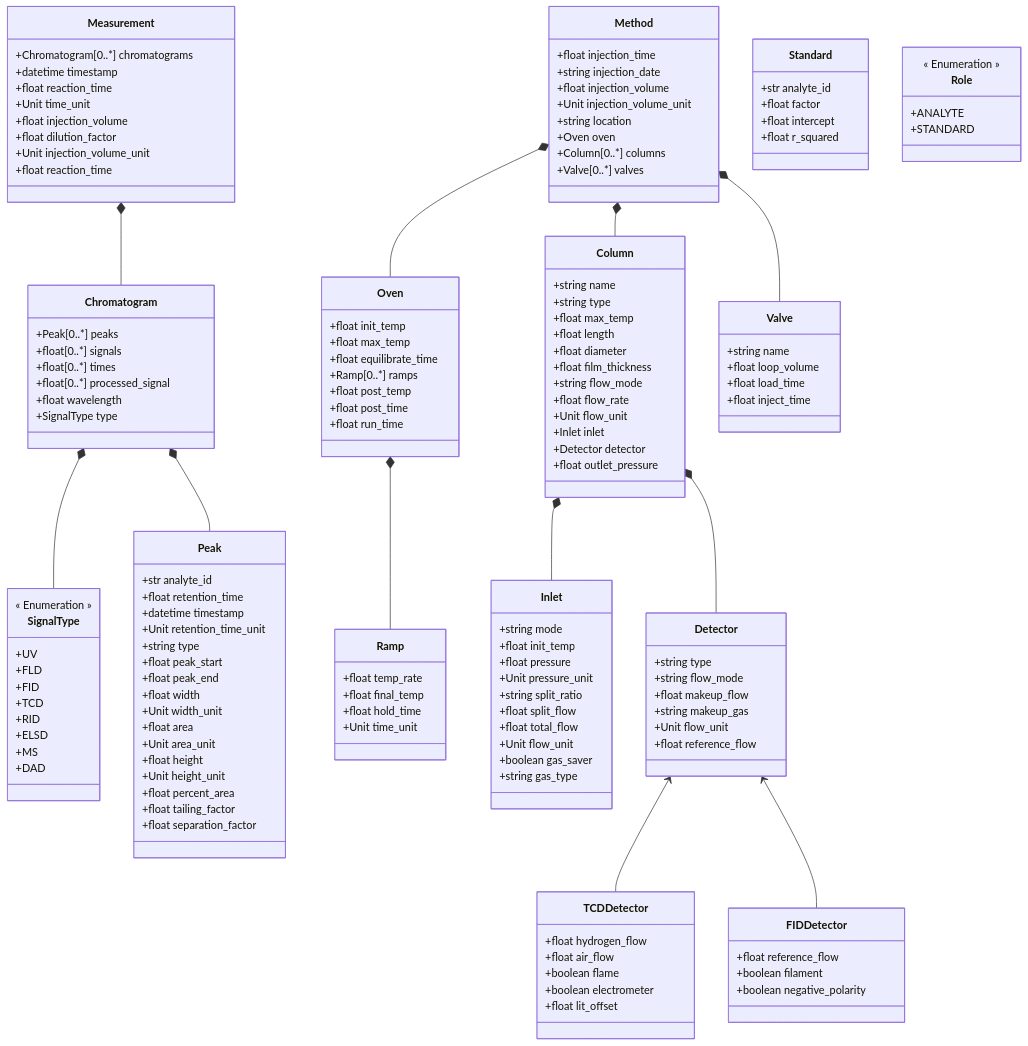
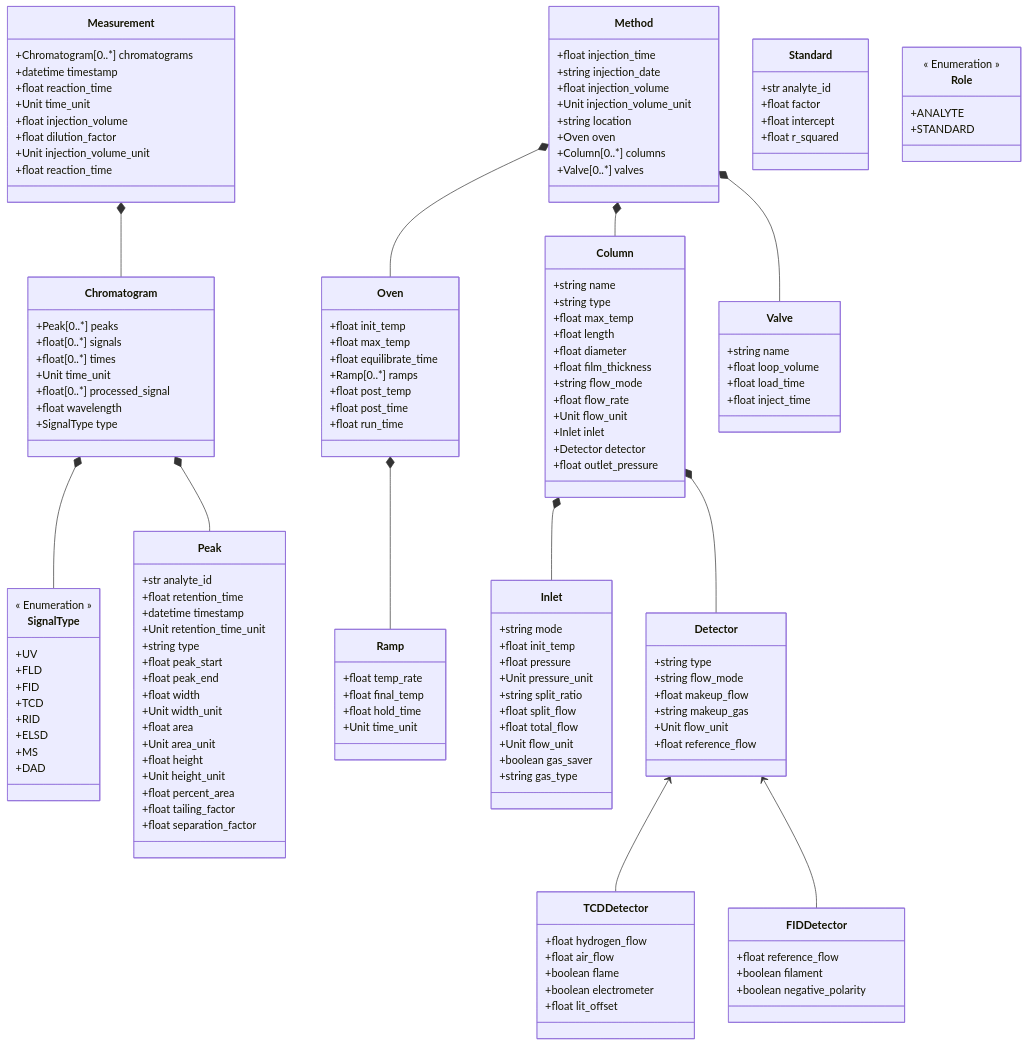
Before and after one commit to FAIRChemistry/chromatopy: the diagram in chromatopy/schemes/chromatopy_schema.md, drawn with Mermaid. The commit also changed 13 other files, not shown here.

```diff
--- a/chromatopy/schemes/chromatopy_schema.md
+++ b/chromatopy/schemes/chromatopy_schema.md
@@ -27,6 +27,7 @@
         +Peak[0..*] peaks
         +float[0..*] signals
         +float[0..*] times
+        +Unit time_unit
         +float[0..*] processed_signal
         +float wavelength
         +SignalType type
```
